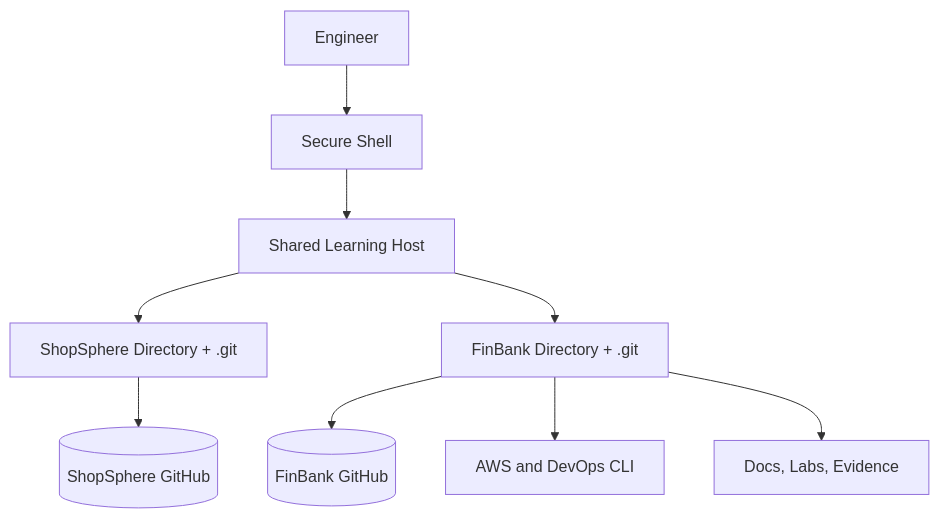
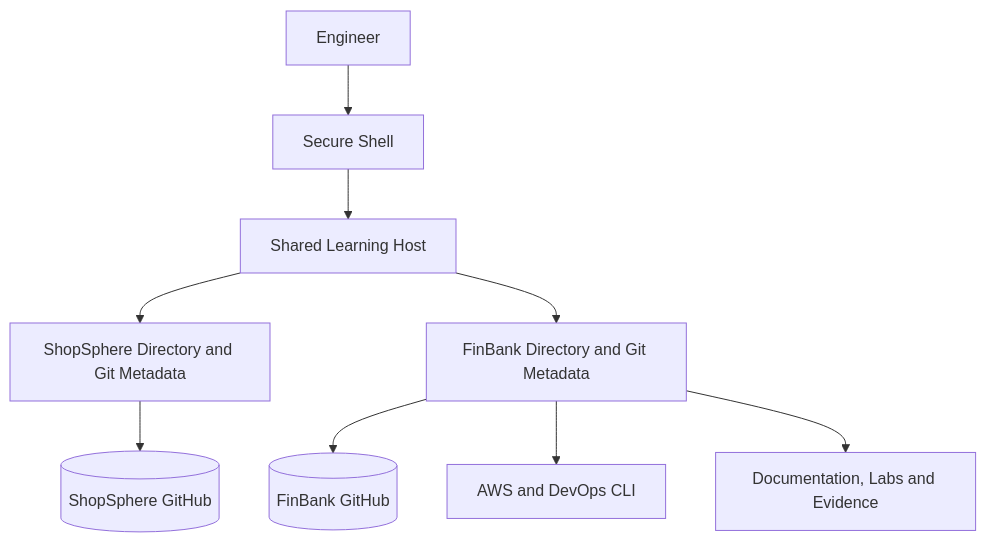
The diagram in days/Day001/architecture.md (stocksdetailsteja-arch/FinBank-AI-DevSecOps), drawn with Mermaid before and after one commit. The commit also changed other lines of this file and 20 other files, not shown here.

````diff
--- a/days/Day001/architecture.md
+++ b/days/Day001/architecture.md
@@ -10,11 +7,11 @@
 ```mermaid
 flowchart TB
   U[Engineer] --> SSH[Secure Shell]
   SSH --> EC2[Shared Learning Host]
-  EC2 --> SS[ShopSphere Directory + .git]
-  EC2 --> FB[FinBank Directory + .git]
+  EC2 --> SS[ShopSphere Directory and Git Metadata]
+  EC2 --> FB[FinBank Directory and Git Metadata]
   SS --> SSR[(ShopSphere GitHub)]
   FB --> FBR[(FinBank GitHub)]
   FB --> CLI[AWS and DevOps CLI]
-  FB --> DOC[Docs, Labs, Evidence]
+  FB --> DOC[Documentation, Labs and Evidence]
 ```
````
